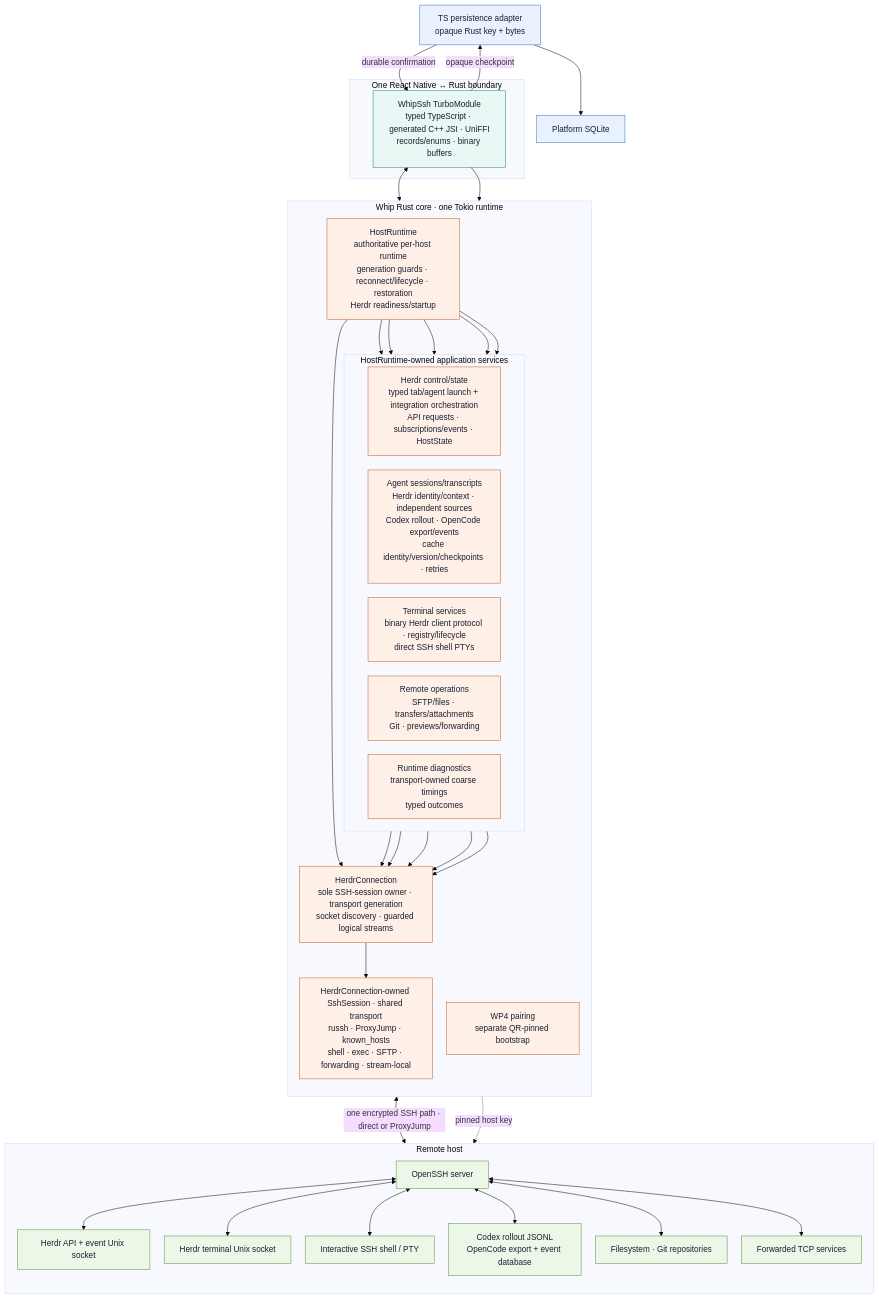
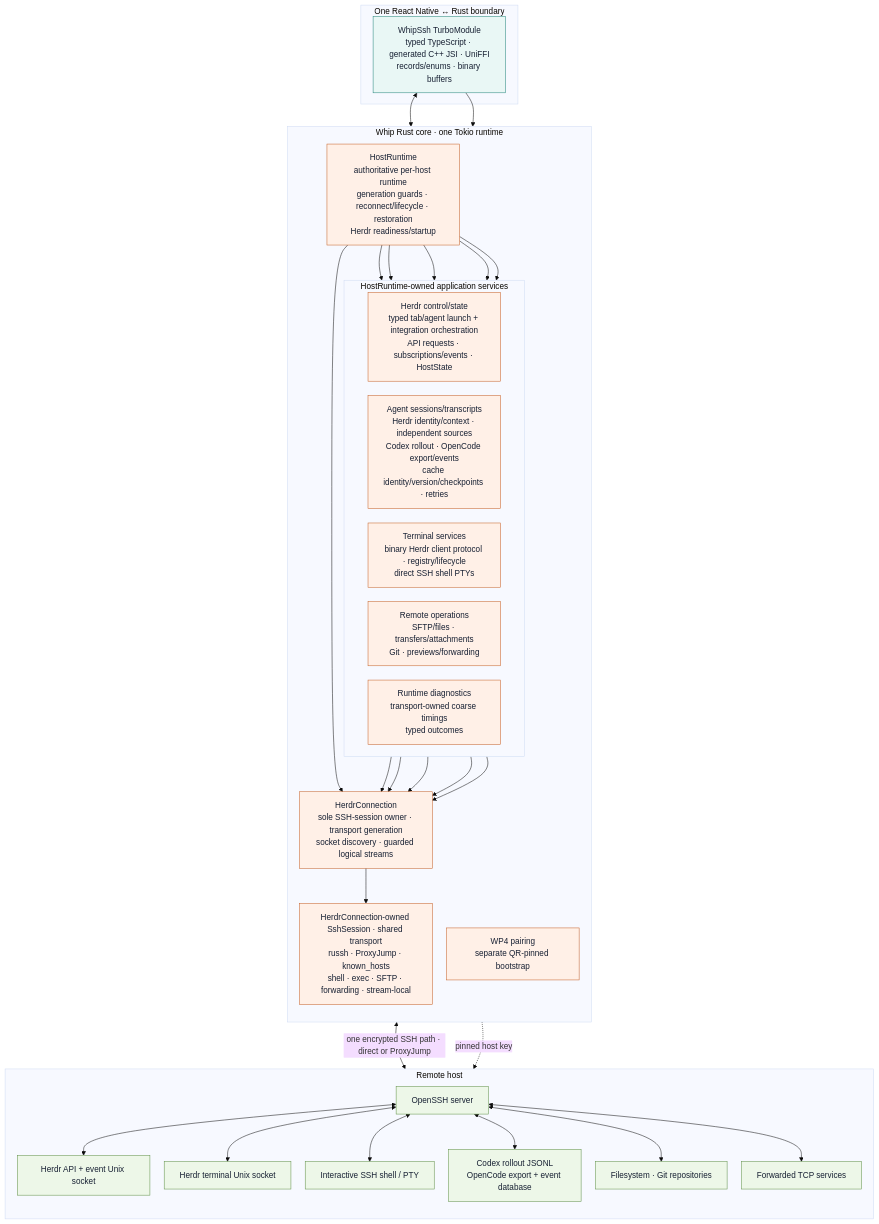
One commit to KaminariOS/whip changed the diagram in docs/whip-rust-core-architecture.mmd. Above: the diagram before and after it, drawn with Mermaid. The commit also changed 1 other file, not shown here.

Commit message:
doc: deduplicate Rust core architecture diagram

```diff
--- a/docs/whip-rust-core-architecture.mmd
+++ b/docs/whip-rust-core-architecture.mmd
@@ -1,74 +1,66 @@
 %%{init: {"theme":"base","flowchart":{"curve":"basis","htmlLabels":true,"nodeSpacing":28,"rankSpacing":44}}}%%
 flowchart TB
-  Cache["TS persistence adapter<br/>opaque Rust key + bytes"]
-  SQLite["Platform SQLite"]
-
   subgraph Boundary["One React Native ↔ Rust boundary"]
     JSI["WhipSsh TurboModule<br/>typed TypeScript · generated C++ JSI · UniFFI<br/>records/enums · binary buffers"]
   end
 
   subgraph Native["Whip Rust core · one Tokio runtime"]
     direction TB
     Host["HostRuntime<br/>authoritative per-host runtime<br/>generation guards · reconnect/lifecycle · restoration<br/>Herdr readiness/startup"]
 
     subgraph Services["HostRuntime-owned application services"]
       direction LR
       Control["Herdr control/state<br/>typed tab/agent launch + integration orchestration<br/>API requests · subscriptions/events · HostState"]
       Agents["Agent sessions/transcripts<br/>Herdr identity/context · independent sources<br/>Codex rollout · OpenCode export/events<br/>cache identity/version/checkpoints · retries"]
       TerminalRuntime["Terminal services<br/>binary Herdr client protocol · registry/lifecycle<br/>direct SSH shell PTYs"]
       RemoteOps["Remote operations<br/>SFTP/files · transfers/attachments<br/>Git · previews/forwarding"]
       Diagnostics["Runtime diagnostics<br/>transport-owned coarse timings<br/>typed outcomes"]
     end
 
     Connection["HerdrConnection<br/>sole SSH-session owner · transport generation<br/>socket discovery · guarded logical streams"]
     SSH["HerdrConnection-owned SshSession · shared transport<br/>russh · ProxyJump · known_hosts<br/>shell · exec · SFTP · forwarding · stream-local"]
     Pairing["WP4 pairing<br/>separate QR-pinned bootstrap"]
 
     Host --> Control
     Host --> Agents
     Host --> TerminalRuntime
     Host --> RemoteOps
     Host --> Diagnostics
     Host --> Connection
     Control --> Connection
     Agents --> Connection
     TerminalRuntime --> Connection
     RemoteOps --> Connection
     Diagnostics --> Connection
     Connection --> SSH
   end
 
   subgraph Remote["Remote host"]
     direction TB
     SSHD["OpenSSH server"]
     API["Herdr API + event Unix socket"]
     Terminal["Herdr terminal Unix socket"]
     Shell["Interactive SSH shell / PTY"]
     AgentSources["Codex rollout JSONL<br/>OpenCode export + event database"]
     FilesGit["Filesystem · Git repositories"]
     Forwarded["Forwarded TCP services"]
 
     SSHD <--> API
     SSHD <--> Terminal
     SSHD <--> Shell
     SSHD <--> AgentSources
     SSHD <--> FilesGit
     SSHD <--> Forwarded
   end
 
   JSI <--> Host
-  JSI -->|"opaque checkpoint"| Cache
-  Cache --> SQLite
-  Cache -->|"durable confirmation"| JSI
   JSI --> Pairing
   SSH <-->|"one encrypted SSH path · direct or ProxyJump"| SSHD
   Pairing -.->|"pinned host key"| SSHD
 
-  classDef ui fill:#e9f1ff,stroke:#3772c5,color:#172033
   classDef native fill:#e9f7f5,stroke:#23847a,color:#172033
   classDef rust fill:#fff0e7,stroke:#c45f24,color:#172033
   classDef remote fill:#edf7e8,stroke:#5f8f45,color:#172033
-  class Cache,SQLite ui
   class JSI native
   class Host,Control,Agents,TerminalRuntime,RemoteOps,Diagnostics,Connection,SSH,Pairing rust
   class SSHD,API,Terminal,Shell,AgentSources,FilesGit,Forwarded remote
```
